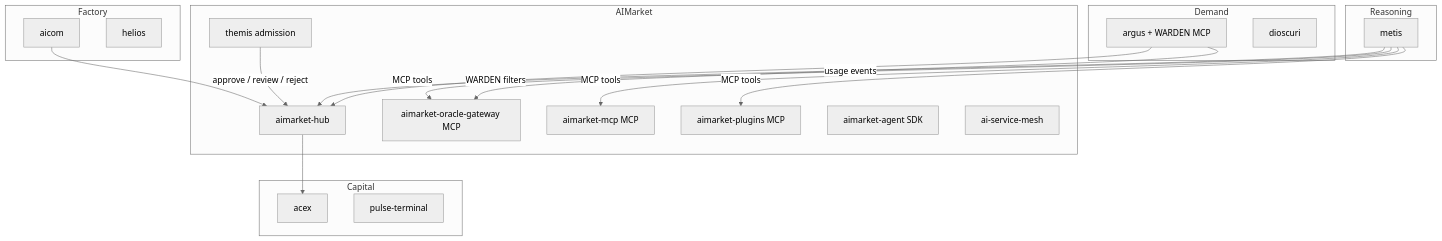
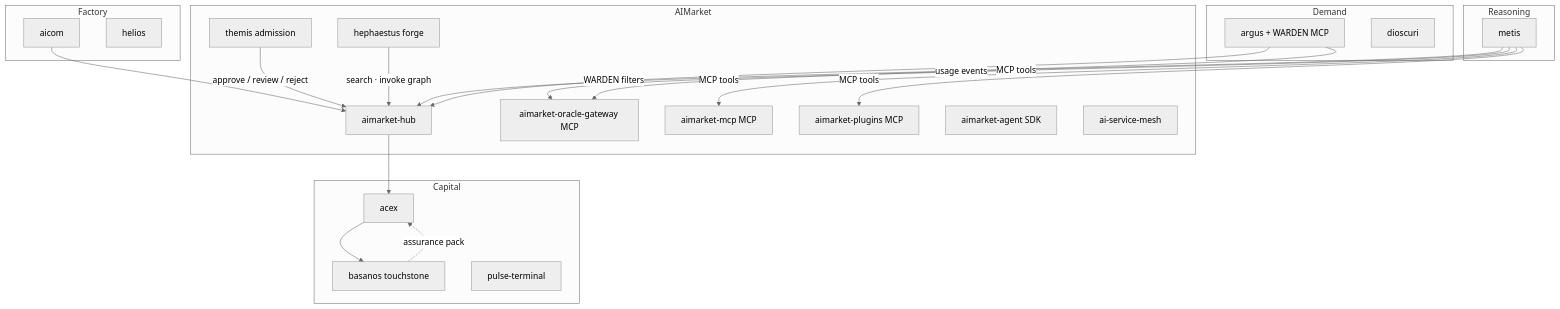
Before and after one commit to alexar76/metis: the first of 5 diagrams in docs/en/ECOSYSTEM.md, drawn with Mermaid (neutral theme).

Commit message:
chore(satellite): sync metis from aicom monorepo
Auto-generated by scripts/mirror_satellites.sh

````diff
--- a/docs/en/ECOSYSTEM.md
+++ b/docs/en/ECOSYSTEM.md
@@ -7,41 +7,46 @@
 ```mermaid
 flowchart TB
     subgraph factory [Factory]
         AICOM[aicom]
         HELIOS[helios]
     end
 
     subgraph marketplace [AIMarket]
         HUB[aimarket-hub]
         THEMIS[themis admission]
+        HEPHAESTUS[hephaestus forge]
         ORACLE_GW[aimarket-oracle-gateway MCP]
         MCP_GW[aimarket-mcp MCP]
         PLUGINS[aimarket-plugins MCP]
         AGENT[aimarket-agent SDK]
         MESH[ai-service-mesh]
     end
 
     subgraph reasoning [Reasoning]
         SB[metis]
     end
 
     subgraph demand [Demand]
         ARGUS[argus + WARDEN MCP]
         DIOSCURI[dioscuri]
     end
 
     subgraph capital [Capital]
         ACEX[acex]
+        BASANOS[basanos touchstone]
         PULSE[pulse-terminal]
     end
 
     AICOM --> HUB
     THEMIS -->|"approve / review / reject"| HUB
+    HEPHAESTUS -->|"search · invoke graph"| HUB
+    ACEX --> BASANOS
+    BASANOS -.->|assurance pack| ACEX
     SB -->|MCP tools| ORACLE_GW
     SB -->|MCP tools| MCP_GW
     SB -->|MCP tools| PLUGINS
     SB -->|usage events| HUB
     ARGUS --> HUB
     ARGUS -->|WARDEN filters| ORACLE_GW
     HUB --> ACEX
 ```
````
